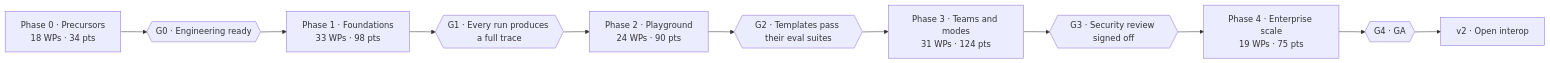
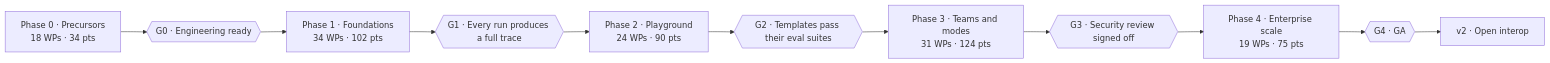
Before and after one commit to vikram2409-eng/Lanesra-OS: the diagram in program/ROADMAP.md, drawn with Mermaid. The commit also changed other lines of this file and 10 other files, not shown here.

````diff
--- a/program/ROADMAP.md
+++ b/program/ROADMAP.md
@@ -9,9 +9,9 @@
 ```mermaid
 flowchart LR
   P0["Phase 0 · Precursors<br/>18 WPs · 34 pts"] --> G0{{"G0 · Engineering ready"}}
-  G0 --> P1["Phase 1 · Foundations<br/>33 WPs · 98 pts"] --> G1{{"G1 · Every run produces a full trace"}}
+  G0 --> P1["Phase 1 · Foundations<br/>34 WPs · 102 pts"] --> G1{{"G1 · Every run produces a full trace"}}
   G1 --> P2["Phase 2 · Playground<br/>24 WPs · 90 pts"] --> G2{{"G2 · Templates pass their eval suites"}}
   G2 --> P3["Phase 3 · Teams and modes<br/>31 WPs · 124 pts"] --> G3{{"G3 · Security review signed off"}}
   G3 --> P4["Phase 4 · Enterprise scale<br/>19 WPs · 75 pts"] --> G4{{"G4 · GA"}}
   G4 --> V2["v2 · Open interop"]
 ```
````
